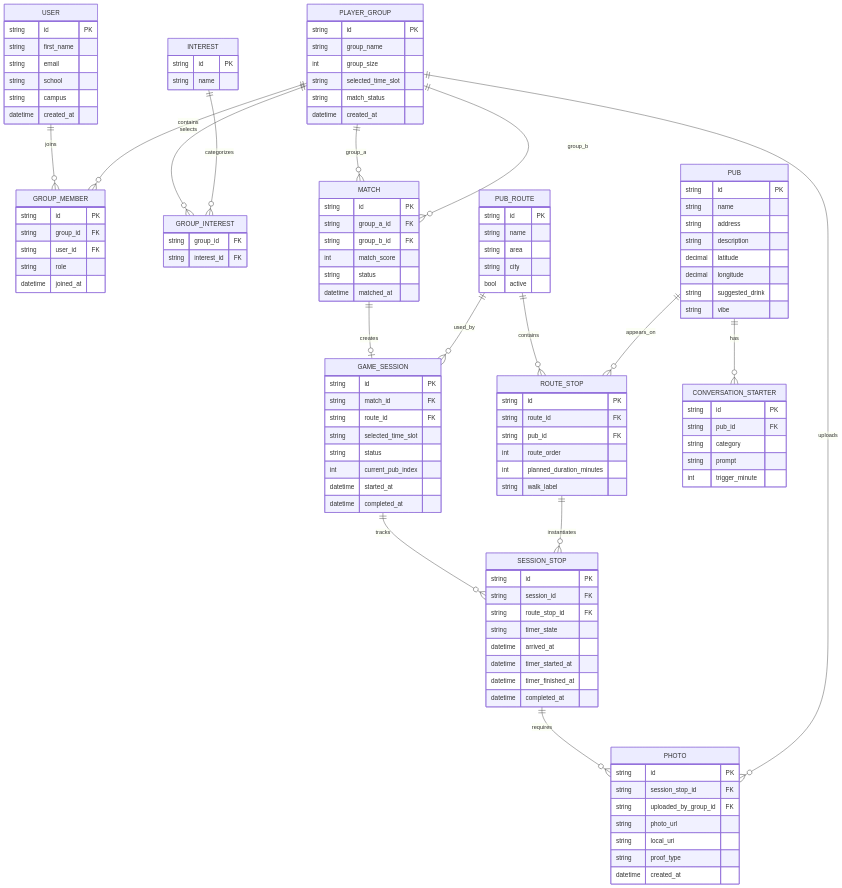
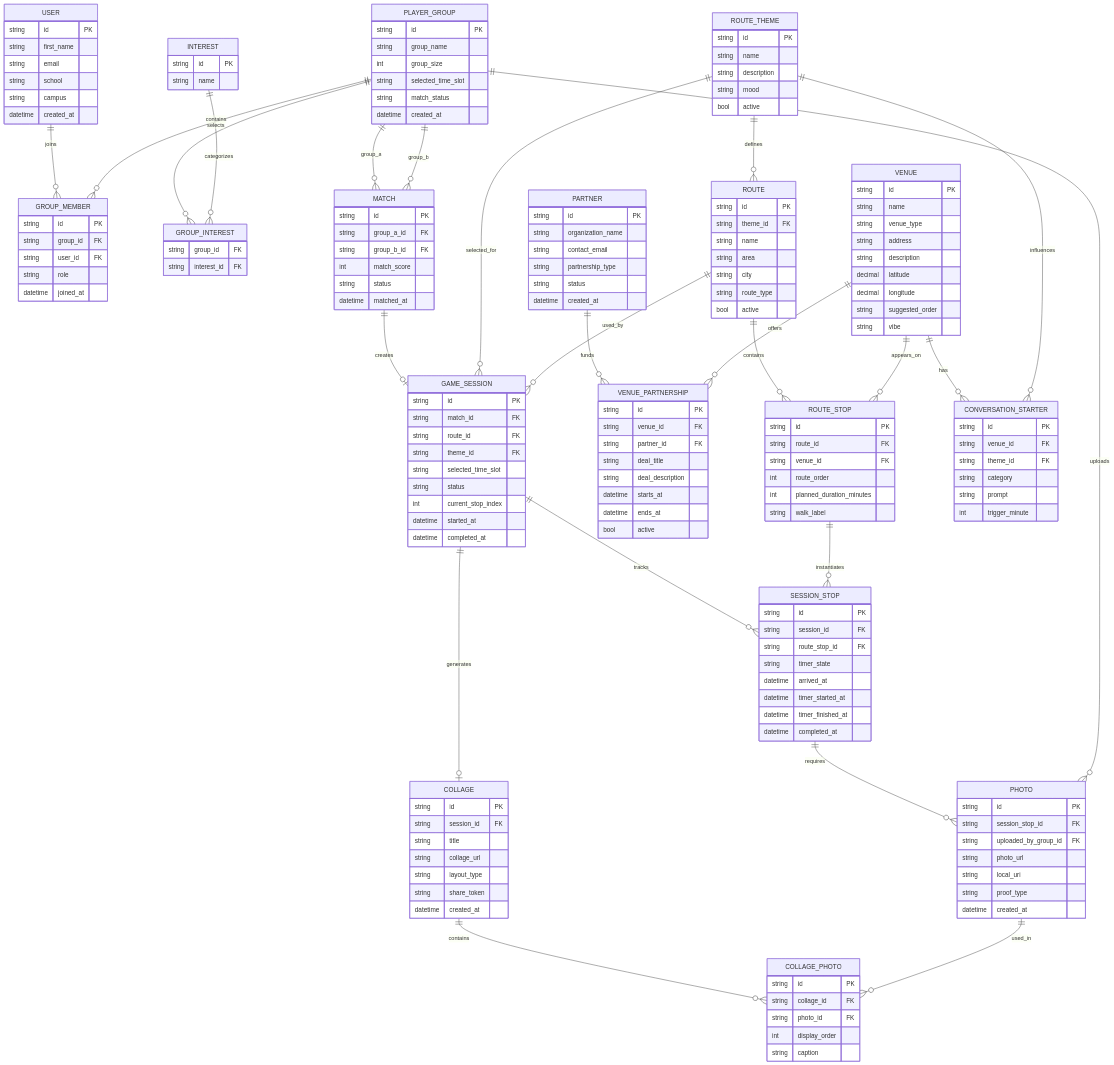
The diagram in docs/erd.md (Jordi098/Prototype-pubhopper), drawn with Mermaid before and after one commit. The commit also changed other lines of this file, not shown here.

Commit message:
erd update

````diff
--- a/docs/erd.md
+++ b/docs/erd.md
@@ -53,36 +53,68 @@
     string id PK
     string match_id FK
     string route_id FK
+    string theme_id FK
     string selected_time_slot
     string status
-    int current_pub_index
+    int current_stop_index
     datetime started_at
     datetime completed_at
   }
 
-  PUB_ROUTE {
+  ROUTE_THEME {
     string id PK
+    string name
+    string description
+    string mood
+    bool active
+  }
+
+  ROUTE {
+    string id PK
+    string theme_id FK
     string name
     string area
     string city
+    string route_type
     bool active
   }
 
-  PUB {
+  VENUE {
     string id PK
     string name
+    string venue_type
     string address
     string description
     decimal latitude
     decimal longitude
-    string suggested_drink
+    string suggested_order
     string vibe
+  }
+
+  PARTNER {
+    string id PK
+    string organization_name
+    string contact_email
+    string partnership_type
+    string status
+    datetime created_at
+  }
+
+  VENUE_PARTNERSHIP {
+    string id PK
+    string venue_id FK
+    string partner_id FK
+    string deal_title
+    string deal_description
+    datetime starts_at
+    datetime ends_at
+    bool active
   }
 
   ROUTE_STOP {
     string id PK
     string route_id FK
-    string pub_id FK
+    string venue_id FK
     int route_order
     int planned_duration_minutes
     string walk_label
@@ -101,7 +133,8 @@
 
   CONVERSATION_STARTER {
     string id PK
-    string pub_id FK
+    string venue_id FK
+    string theme_id FK
     string category
     string prompt
     int trigger_minute
@@ -117,6 +150,24 @@
     datetime created_at
   }
 
+  COLLAGE {
+    string id PK
+    string session_id FK
+    string title
+    string collage_url
+    string layout_type
+    string share_token
+    datetime created_at
+  }
+
+  COLLAGE_PHOTO {
+    string id PK
+    string collage_id FK
+    string photo_id FK
+    int display_order
+    string caption
+  }
+
   USER ||--o{ GROUP_MEMBER : joins
   PLAYER_GROUP ||--o{ GROUP_MEMBER : contains
   PLAYER_GROUP ||--o{ GROUP_INTEREST : selects
@@ -124,12 +175,20 @@
   PLAYER_GROUP ||--o{ MATCH : group_a
   PLAYER_GROUP ||--o{ MATCH : group_b
   MATCH ||--o| GAME_SESSION : creates
-  PUB_ROUTE ||--o{ ROUTE_STOP : contains
-  PUB ||--o{ ROUTE_STOP : appears_on
-  PUB_ROUTE ||--o{ GAME_SESSION : used_by
+  ROUTE_THEME ||--o{ ROUTE : defines
+  ROUTE_THEME ||--o{ GAME_SESSION : selected_for
+  ROUTE ||--o{ ROUTE_STOP : contains
+  VENUE ||--o{ ROUTE_STOP : appears_on
+  PARTNER ||--o{ VENUE_PARTNERSHIP : funds
+  VENUE ||--o{ VENUE_PARTNERSHIP : offers
+  ROUTE ||--o{ GAME_SESSION : used_by
   GAME_SESSION ||--o{ SESSION_STOP : tracks
   ROUTE_STOP ||--o{ SESSION_STOP : instantiates
-  PUB ||--o{ CONVERSATION_STARTER : has
+  VENUE ||--o{ CONVERSATION_STARTER : has
+  ROUTE_THEME ||--o{ CONVERSATION_STARTER : influences
   SESSION_STOP ||--o{ PHOTO : requires
   PLAYER_GROUP ||--o{ PHOTO : uploads
+  GAME_SESSION ||--o| COLLAGE : generates
+  COLLAGE ||--o{ COLLAGE_PHOTO : contains
+  PHOTO ||--o{ COLLAGE_PHOTO : used_in
 ```
````
